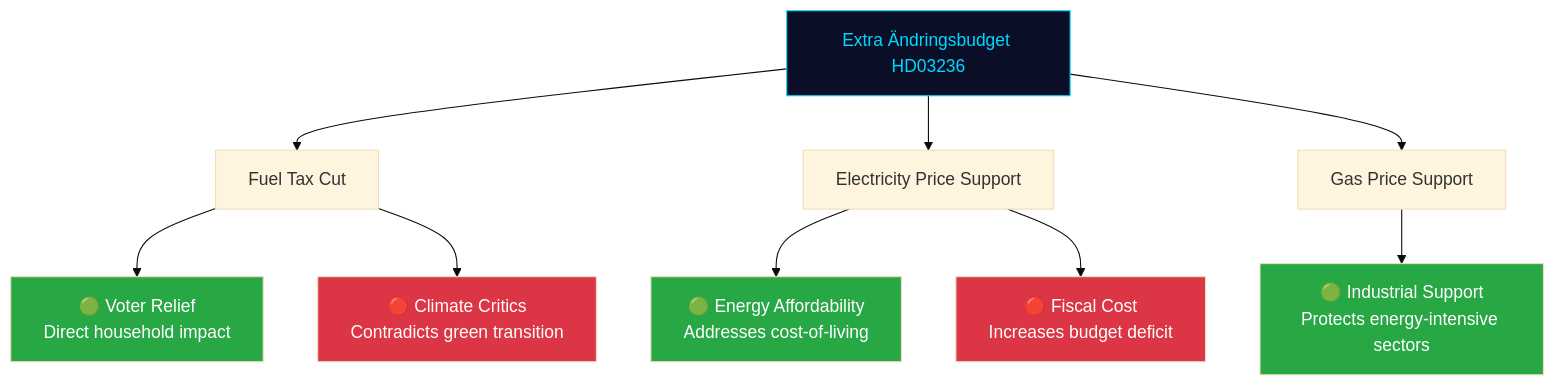
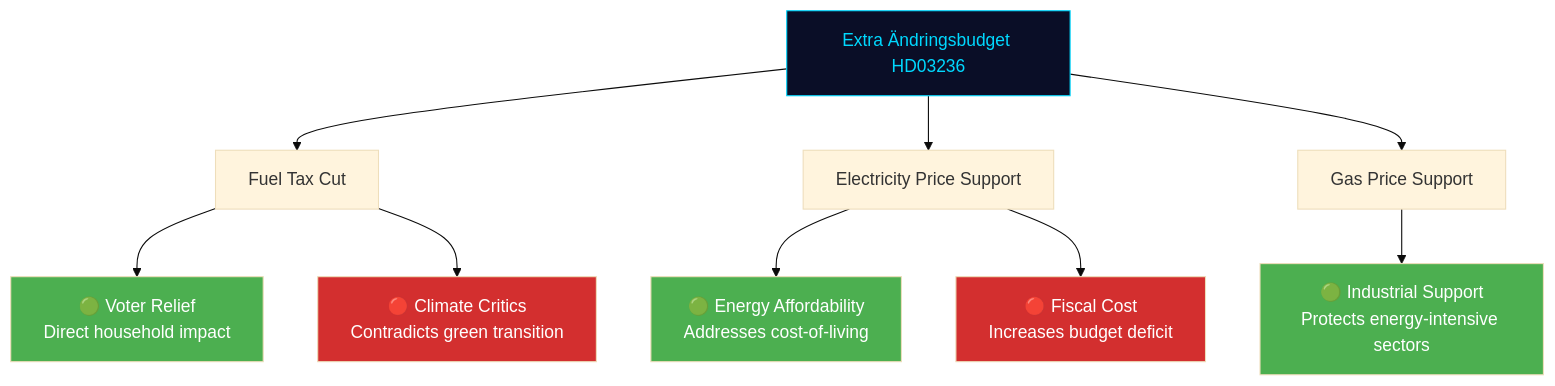
The diagram in analysis/daily/2026-04-13/propositions/documents/hd03236-analysis.md (Hack23/riksdagsmonitor), drawn with Mermaid (base theme) before and after one commit. The commit also changed 785 other files, not shown here.

First line of the commit message:
Normalize mermaid colors across 786 analysis artifacts to ISMS Style Guide palette

````diff
--- a/analysis/daily/2026-04-13/propositions/documents/hd03236-analysis.md
+++ b/analysis/daily/2026-04-13/propositions/documents/hd03236-analysis.md
@@ -22,18 +22,18 @@
 ```mermaid
 flowchart TD
     A["Extra Ändringsbudget HD03236"] --> B["Fuel Tax Cut"]
     A --> C["Electricity Price Support"]
     A --> D["Gas Price Support"]
     B --> E["🟢 Voter Relief<br/>Direct household impact"]
     B --> F["🔴 Climate Critics<br/>Contradicts green transition"]
     C --> G["🟢 Energy Affordability<br/>Addresses cost-of-living"]
     C --> H["🔴 Fiscal Cost<br/>Increases budget deficit"]
     D --> I["🟢 Industrial Support<br/>Protects energy-intensive sectors"]
 
     style A fill:#0a0e27,color:#00d9ff,stroke:#00d9ff
-    style E fill:#28a745,color:#fff
-    style F fill:#dc3545,color:#fff
-    style G fill:#28a745,color:#fff
-    style H fill:#dc3545,color:#fff
-    style I fill:#28a745,color:#fff
+    style E fill:#4CAF50,color:#FFFFFF
+    style F fill:#D32F2F,color:#FFFFFF
+    style G fill:#4CAF50,color:#FFFFFF
+    style H fill:#D32F2F,color:#FFFFFF
+    style I fill:#4CAF50,color:#FFFFFF
 ```
````
